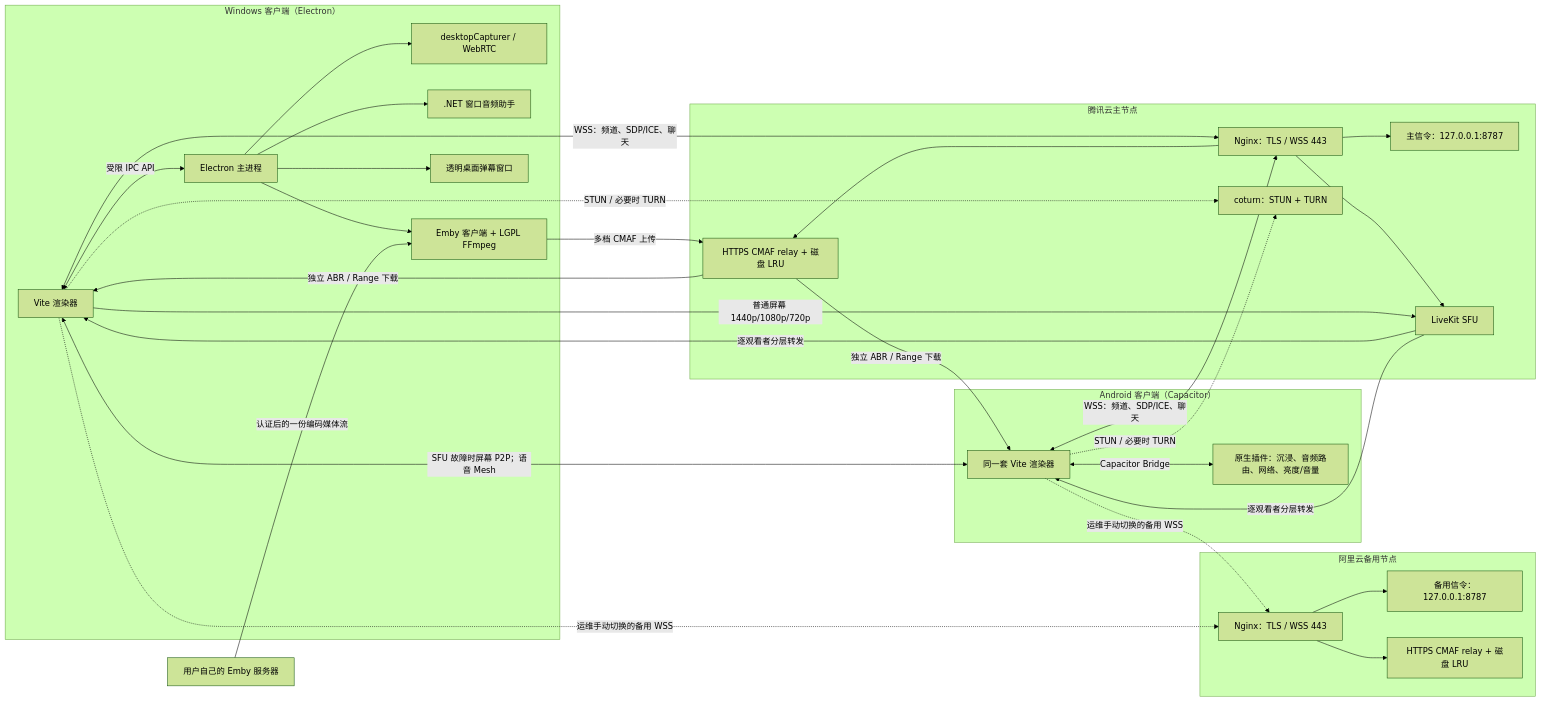
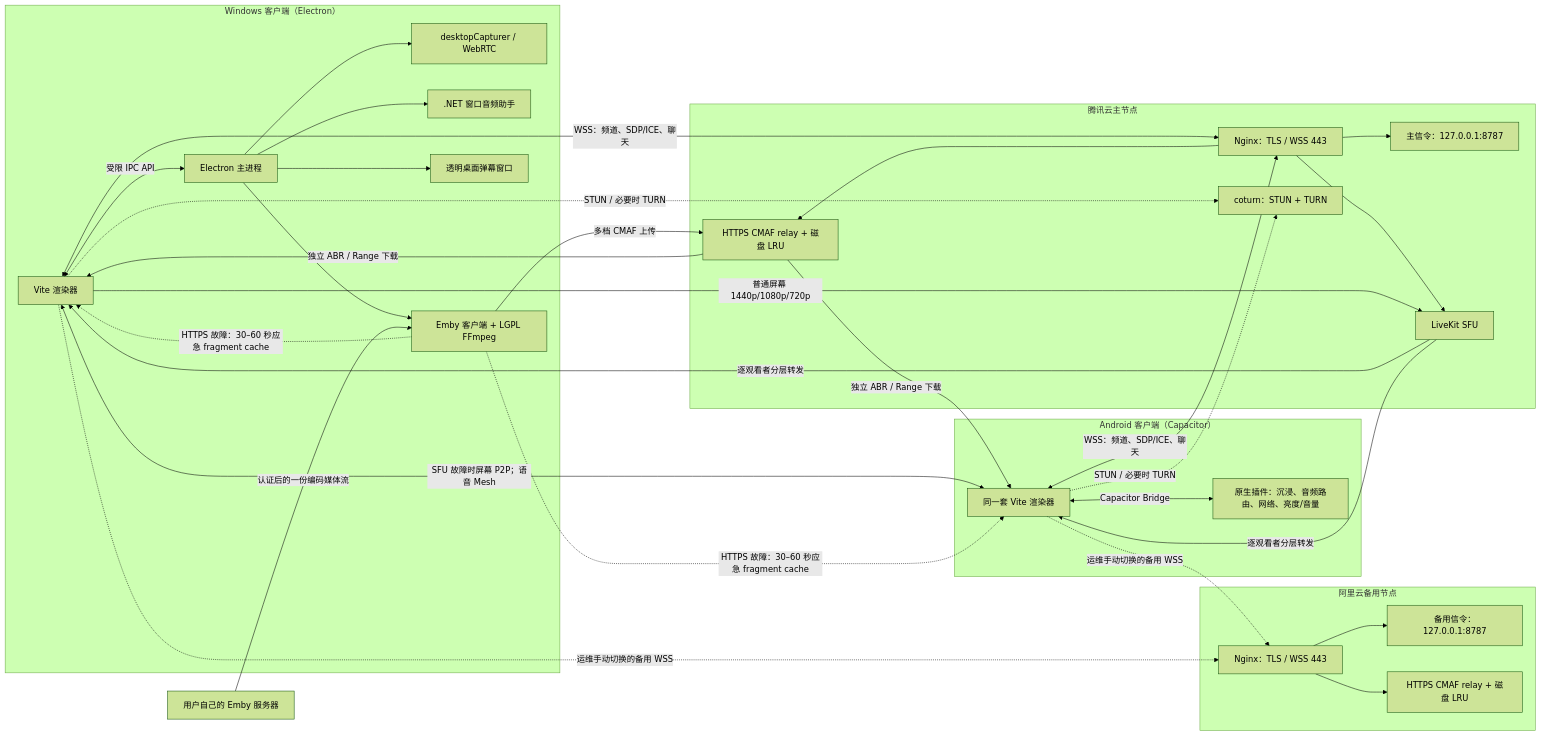
One commit to Foxgh127/Synced changed the diagram in PROJECT_GUIDE.md. Above: the diagram before and after it, drawn with Mermaid (forest theme). The commit also changed other lines of this file and 26 other files, not shown here.

````diff
--- a/PROJECT_GUIDE.md
+++ b/PROJECT_GUIDE.md
@@ -50,58 +51,60 @@
 ```mermaid
 flowchart LR
     subgraph Windows["Windows 客户端（Electron）"]
         WR["Vite 渲染器"]
         EP["Electron 主进程"]
         DC["desktopCapturer / WebRTC"]
         AH[".NET 窗口音频助手"]
         EF["Emby 客户端 + LGPL FFmpeg"]
         DO["透明桌面弹幕窗口"]
         WR <-->|"受限 IPC API"| EP
         EP --> DC
         EP --> AH
         EP --> EF
         EP --> DO
     end
 
     ES["用户自己的 Emby 服务器"]
     ES -->|"认证后的一份编码媒体流"| EF
 
     subgraph Android["Android 客户端（Capacitor）"]
         AR["同一套 Vite 渲染器"]
         AP["原生插件：沉浸、音频路由、网络、亮度/音量"]
         AR <-->|"Capacitor Bridge"| AP
     end
 
     subgraph Tencent["腾讯云主节点"]
         NG["Nginx：TLS / WSS 443"]
         SS["主信令：127.0.0.1:8787"]
         LK["LiveKit SFU"]
         SR["HTTPS CMAF relay + 磁盘 LRU"]
         ST["coturn：STUN + TURN"]
         NG --> SS
         NG --> LK
         NG --> SR
     end
 
     subgraph Aliyun["阿里云备用节点"]
         ANG["Nginx：TLS / WSS 443"]
         ASS["备用信令：127.0.0.1:8787"]
         ASR["HTTPS CMAF relay + 磁盘 LRU"]
         ANG --> ASS
         ANG --> ASR
     end
 
     WR <-->|"WSS：频道、SDP/ICE、聊天"| NG
     AR <-->|"WSS：频道、SDP/ICE、聊天"| NG
     WR -.->|"运维手动切换的备用 WSS"| ANG
     AR -.->|"运维手动切换的备用 WSS"| ANG
     WR -->|"普通屏幕 1440p/1080p/720p"| LK
     LK -->|"逐观看者分层转发"| WR
     LK -->|"逐观看者分层转发"| AR
     WR -.->|"STUN / 必要时 TURN"| ST
     AR -.->|"STUN / 必要时 TURN"| ST
     WR <-->|"SFU 故障时屏幕 P2P；语音 Mesh"| AR
     EF -->|"多档 CMAF 上传"| SR
     SR -->|"独立 ABR / Range 下载"| WR
     SR -->|"独立 ABR / Range 下载"| AR
+    EF -.->|"HTTPS 故障：30–60 秒应急 fragment cache"| WR
+    EF -.->|"HTTPS 故障：30–60 秒应急 fragment cache"| AR
 ```
````
